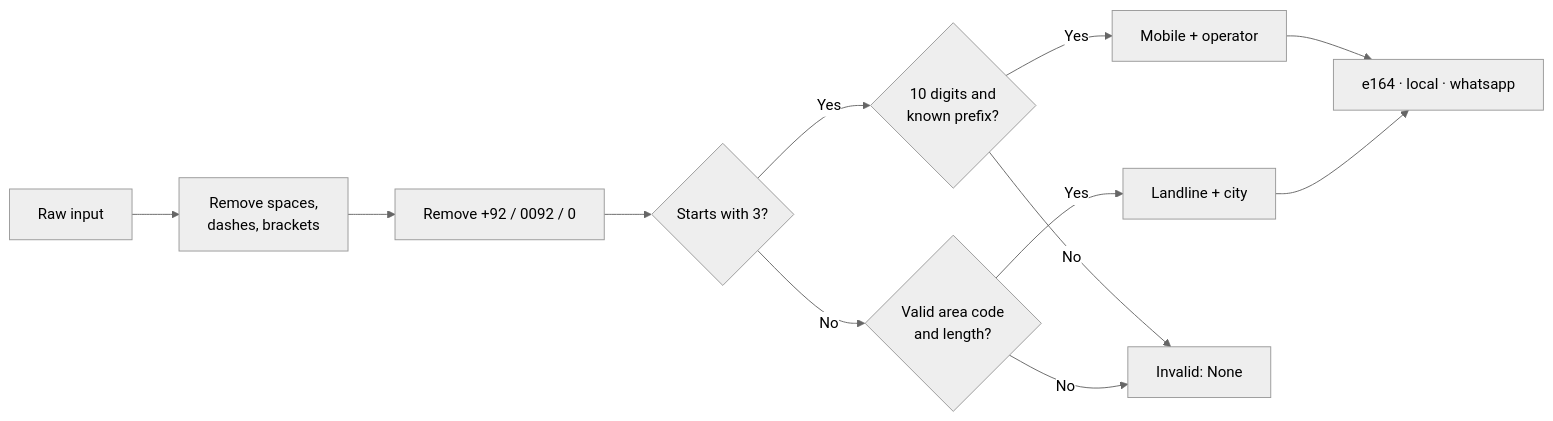
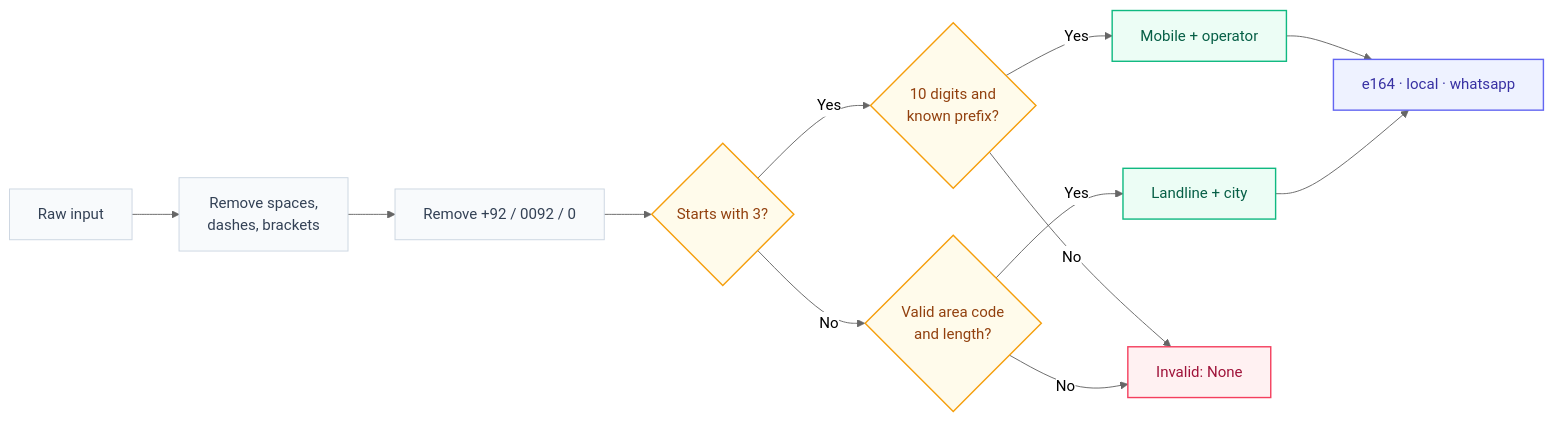
One commit to Hafsa-Anwar65/pkphone changed the first of 2 diagrams in README.md. Above: the diagram before and after it, drawn with Mermaid. The commit also changed other lines of this file, not shown here.

````diff
--- a/README.md
+++ b/README.md
@@ -94,15 +94,25 @@
 ```mermaid
 %%{init: {'theme': 'neutral'}}%%
 flowchart LR
     A["Raw input"] --> B["Remove spaces,<br/>dashes, brackets"]
     B --> C["Remove +92 / 0092 / 0"]
     C --> D{"Starts with 3?"}
     D -- Yes --> E{"10 digits and<br/>known prefix?"}
     D -- No --> F{"Valid area code<br/>and length?"}
     E -- Yes --> G["Mobile + operator"]
     F -- Yes --> H["Landline + city"]
     E -- No --> X["Invalid: None"]
     F -- No --> X
     G --> O["e164 · local · whatsapp"]
     H --> O
+    classDef base fill:#F8FAFC,stroke:#CBD5E1,stroke-width:1px,color:#334155
+    classDef accent fill:#EEF2FF,stroke:#6366F1,stroke-width:1.5px,color:#3730A3
+    classDef check fill:#FFFBEB,stroke:#F59E0B,stroke-width:1.5px,color:#92400E
+    classDef ok fill:#ECFDF5,stroke:#10B981,stroke-width:1.5px,color:#065F46
+    classDef bad fill:#FFF1F2,stroke:#F43F5E,stroke-width:1.5px,color:#9F1239
+    class A,B,C base
+    class D,E,F check
+    class G,H ok
+    class X bad
+    class O accent
 ```
````
